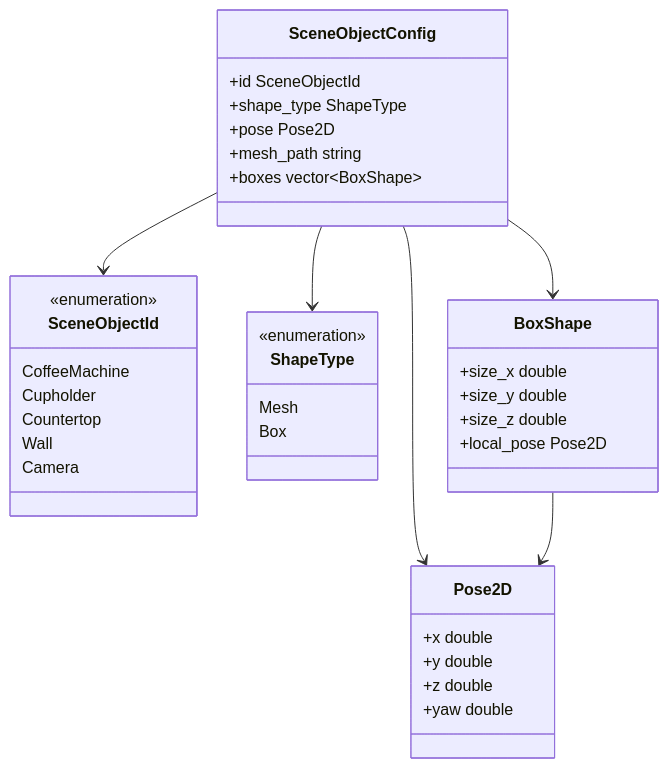
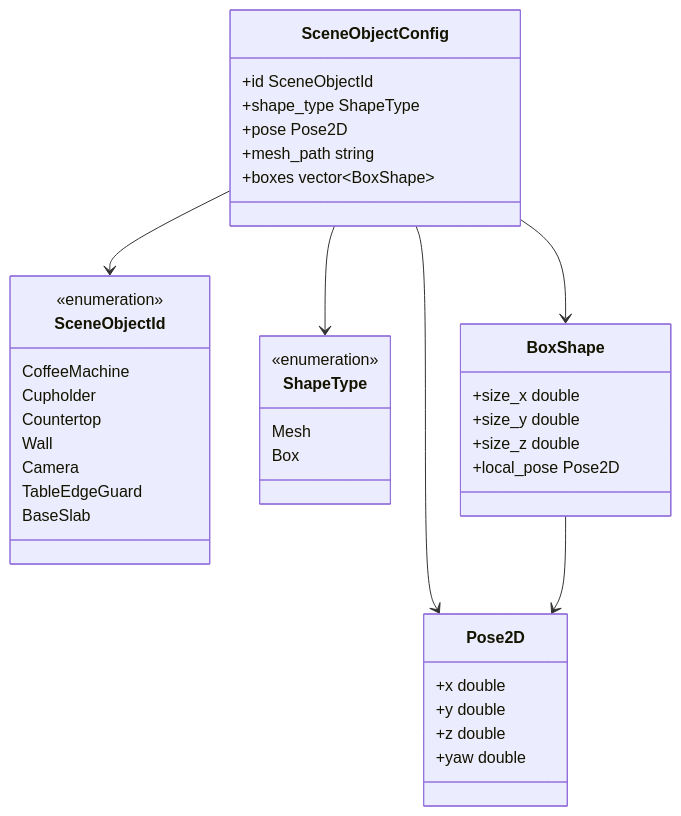
The second of 6 diagrams in resources/docs/class_docs/visual_calibration_moveit.md (tesarect/aruco_visual_calibration), drawn with Mermaid before and after one commit. The commit also changed other lines of this file and 71 other files, not shown here.

````diff
--- a/resources/docs/class_docs/visual_calibration_moveit.md
+++ b/resources/docs/class_docs/visual_calibration_moveit.md
@@ -61,40 +61,42 @@
 ```mermaid
 classDiagram
     class SceneObjectId {
         <<enumeration>>
         CoffeeMachine
         Cupholder
         Countertop
         Wall
         Camera
+        TableEdgeGuard
+        BaseSlab
     }
     class ShapeType {
         <<enumeration>>
         Mesh
         Box
     }
     class Pose2D {
         +x double
         +y double
         +z double
         +yaw double
     }
     class BoxShape {
         +size_x double
         +size_y double
         +size_z double
         +local_pose Pose2D
     }
     class SceneObjectConfig {
         +id SceneObjectId
         +shape_type ShapeType
         +pose Pose2D
         +mesh_path string
         +boxes vector~BoxShape~
     }
     SceneObjectConfig --> SceneObjectId
     SceneObjectConfig --> ShapeType
     SceneObjectConfig --> Pose2D
     SceneObjectConfig --> BoxShape
     BoxShape --> Pose2D
 ```
````
